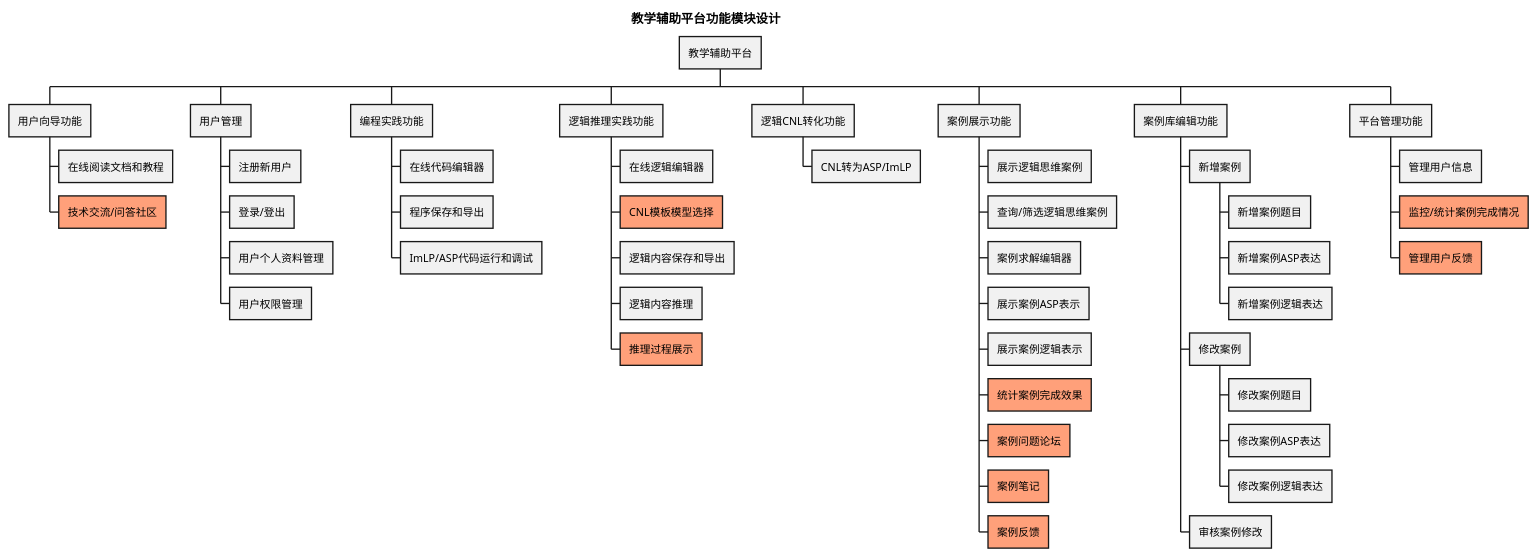
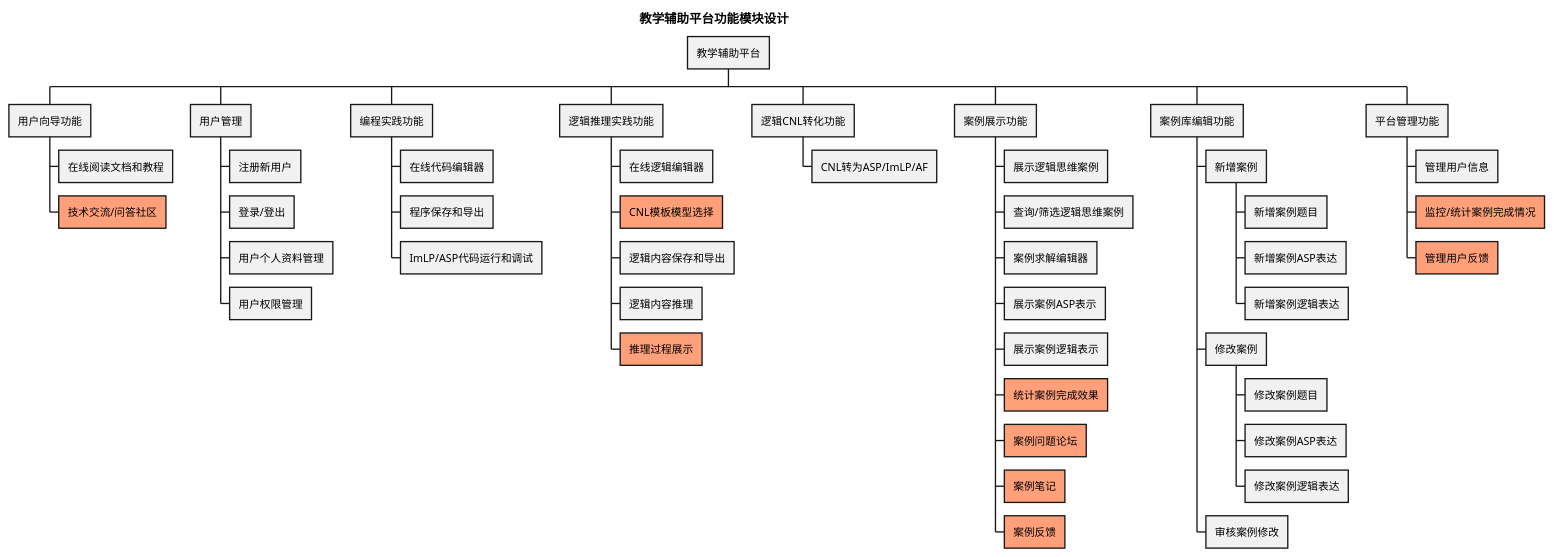
Before and after one commit to reaLJR/Logical-thinking-and-programming: the fourth of 4 diagrams in platform-design/design-docs/my-software-design.wsd, drawn with PlantUML. The commit also changed 25 other files, not shown here.

```diff
--- a/platform-design/design-docs/my-software-design.wsd
+++ b/platform-design/design-docs/my-software-design.wsd
@@ -294,98 +294,98 @@
 @startwbs 功能模块设计(删减)
 title "教学辅助平台功能模块设计"
 ' 提供教学辅助平台，展示逻辑思维案例，提供编辑界面，程序提交、保存、运行
 ' 设计和实现符合逻辑思维编程语言：友好易于使用，体现不同逻辑思维模式
 ' 学生使用受控自然语言（CNL），系统将其转化成ASP等逻辑语言并运行得到答案
 ' 建立逻辑思维案例库，训练学生逻辑思维，设计算法将其自动转为逻辑程序
 ' 逻辑问题自动理解和求解（机器阅读）， 构建不同思维模式算法模型
 
 ' 构建教研平台，实现如下功能:
 ' 1、基于 ASP、ImLP语言的问题定义提交和运行测试、调试
 ' 2、基于 ImLP/ASP 的定义、演绎、溯因、归纳等思维模式的构建和友好编程界面，以及说明(需要定义 ASP/ImLP的更贴近自然的逻辑的语言的语言，需要花大量时间)
 ' 3、调研并进行案例库建设:思维游戏、考公逻辑推理题目、医学逻辑题目、法律逻辑题目、SAT题目、……，给出原题、分类标签、结果、求解的思维过程、大模型测试结果、增删改查、可视化
 ' 4、学生自建案例的增删改查
 
 + 教学辅助平台
 ++ 用户向导功能
 +++ 在线阅读文档和教程
 +++[#LightSalmon] 技术交流/问答社区
 
 ++ 用户管理
 +++ 注册新用户
 +++ 登录/登出
 +++ 用户个人资料管理
 +++ 用户权限管理
 
 ++ 编程实践功能
 +++ 在线代码编辑器
 +++ 程序保存和导出
 +++ ImLP/ASP代码运行和调试
 
 
 ++ 逻辑推理实践功能
 +++ 在线逻辑编辑器
 +++[#LightSalmon] CNL模板模型选择
 +++ 逻辑内容保存和导出
 +++ 逻辑内容推理
 +++[#LightSalmon] 推理过程展示
 
 
 ++ 逻辑CNL转化功能
-+++ CNL转为ASP/ImLP
++++ CNL转为ASP/ImLP/AF
 
 
 ++ 案例展示功能
 +++ 展示逻辑思维案例
 +++ 查询/筛选逻辑思维案例
 +++ 案例求解编辑器
 +++ 展示案例ASP表示
 +++ 展示案例逻辑表示
 +++[#LightSalmon] 统计案例完成效果
 +++[#LightSalmon] 案例问题论坛
 +++[#LightSalmon] 案例笔记
 +++[#LightSalmon] 案例反馈
 
 ++ 案例库编辑功能
 +++ 新增案例
 ++++ 新增案例题目
 ++++ 新增案例ASP表达
 ++++ 新增案例逻辑表达
 +++ 修改案例
 ++++ 修改案例题目
 ++++ 修改案例ASP表达
 ++++ 修改案例逻辑表达
 +++ 审核案例修改
 
 ++ 平台管理功能
 +++ 管理用户信息
 +++[#LightSalmon] 监控/统计案例完成情况
 +++[#LightSalmon] 管理用户反馈
 
 ' caseCoder -> programCoder
 
 ' ++ 课程管理
 ' +++ 创建新课程
 ' +++ 编辑和更新课程信息
 ' +++ 课程分类和标签
 ' +++ 课程搜索和过滤
 ' +++ 课程评价和评论
 
 ' ++ 学习资源管理
 ' +++ 上传和共享学习资料
 ' +++ 下载和保存学习资料
 ' +++ 在线阅读文档和教程
 ' +++ 视频教程和演示
 
 ' ++ 社区互动功能
 ' +++ 讨论论坛和社交平台
 ' +++ 用户间私信和通知
 ' +++ 问答功能和知识共享
 ' +++ 点赞和收藏功能
 
 ' ++ 学习进度和成绩管理功能
 ' +++ 课程学习进度跟踪
 ' +++ 学习计划和提醒功能
 ' +++ 作业和考试成绩管理
 ' +++ 学习证书和徽章颁发
 
 @endwbs
```
